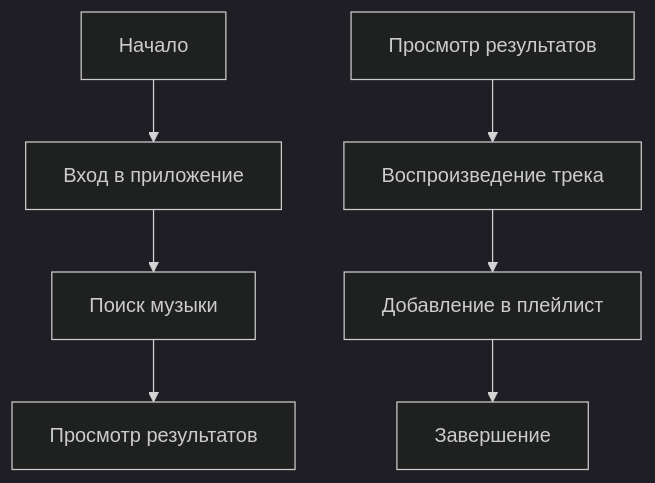
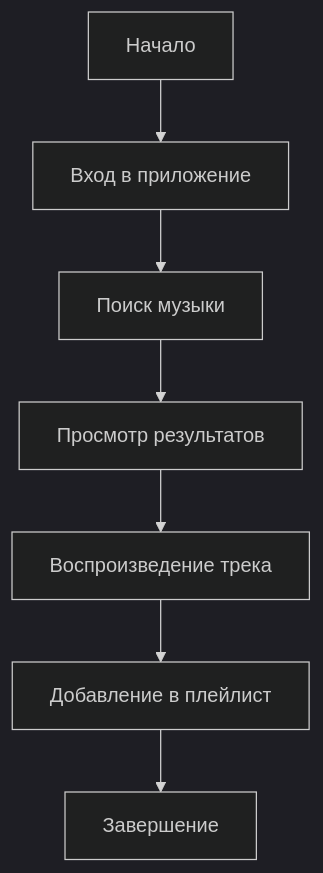
Before and after one commit to hercu1epoirot/Ramazanova-Eliza-IS-31-: the second of 3 diagrams in README.md, drawn with Mermaid (dark theme). The commit also changed other lines of this file, not shown here.

````diff
--- a/README.md
+++ b/README.md
@@ -13,6 +37,5 @@
 ```mermaid
 flowchart TD
-node1[Начало] --> node2[Вход в приложение] --> node3[Поиск музыки] --> node4[Просмотр результатов]
-node5[Просмотр результатов] --> node6[Воспроизведение трека] --> node7[Добавление в плейлист] --> node8[Завершение]
+node1[Начало] --> node2[Вход в приложение] --> node3[Поиск музыки] --> node4[Просмотр результатов] --> node6[Воспроизведение трека] --> node7[Добавление в плейлист] --> node8[Завершение]
 
 ```
````
